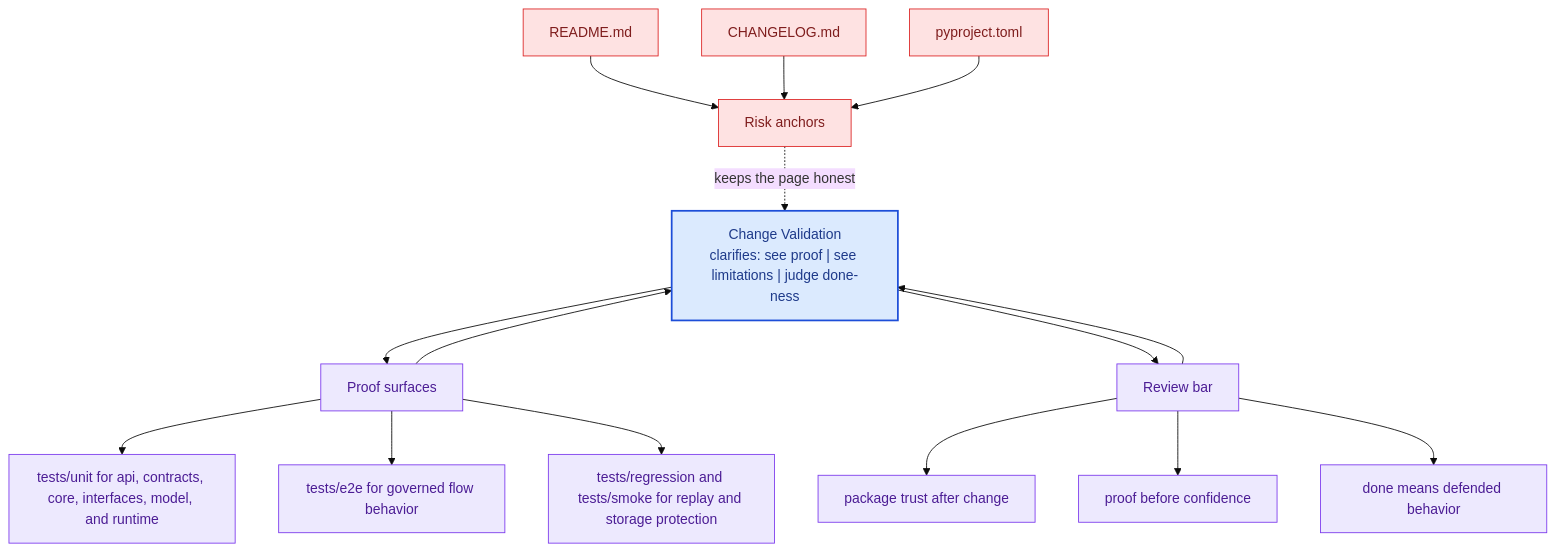
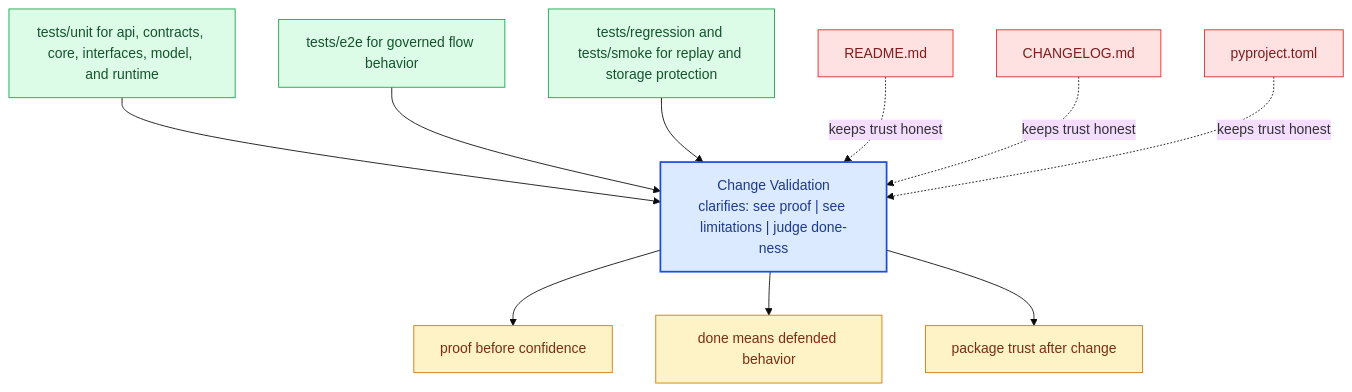
One commit to bijux/bijux-canon changed the diagram in docs/bijux-canon-runtime/quality/change-validation.md. Above: the diagram before and after it, drawn with Mermaid (base theme). The commit also changed other lines of this file and 281 other files, not shown here.

Commit message:
docs(diagrams): replace repeated mermaid scaffolds with page-specific summaries

````diff
--- a/docs/bijux-canon-runtime/quality/change-validation.md
+++ b/docs/bijux-canon-runtime/quality/change-validation.md
@@ -66,41 +21,31 @@
 ```mermaid
 flowchart TB
-    promise["Change Validation<br/>clarifies: see proof | see limitations | judge done-ness"]
-    classDef promise fill:#dbeafe,stroke:#1d4ed8,color:#1e3a8a,stroke-width:2px;
-    classDef driver fill:#dcfce7,stroke:#16a34a,color:#14532d;
-    classDef constraint fill:#fee2e2,stroke:#dc2626,color:#7f1d1d;
-    classDef ground fill:#ede9fe,stroke:#7c3aed,color:#4c1d95;
-    focus1["Proof surfaces"]
-    focus1 --> promise
-    promise --> focus1
-    focus1_1["tests/unit for api, contracts, core, interfaces, model, and runtime"]
-    focus1 --> focus1_1
-    focus1_2["tests/e2e for governed flow behavior"]
-    focus1 --> focus1_2
-    focus1_3["tests/regression and tests/smoke for replay and storage protection"]
-    focus1 --> focus1_3
-    class focus1 ground;
-    class focus1_1,focus1_2,focus1_3 ground;
-    focus2["Risk anchors"]
-    focus2 -.keeps the page honest.-> promise
-    focus2_1["README.md"]
-    focus2_1 --> focus2
-    focus2_2["CHANGELOG.md"]
-    focus2_2 --> focus2
-    focus2_3["pyproject.toml"]
-    focus2_3 --> focus2
-    class focus2 constraint;
-    class focus2_1,focus2_2,focus2_3 constraint;
-    focus3["Review bar"]
-    focus3 --> promise
-    promise --> focus3
-    focus3_1["package trust after change"]
-    focus3 --> focus3_1
-    focus3_2["proof before confidence"]
-    focus3 --> focus3_2
-    focus3_3["done means defended behavior"]
-    focus3 --> focus3_3
-    class focus3 ground;
-    class focus3_1,focus3_2,focus3_3 ground;
-    class promise promise;
+    page["Change Validation<br/>clarifies: see proof | see limitations | judge done-ness"]
+    classDef page fill:#dbeafe,stroke:#1d4ed8,color:#1e3a8a,stroke-width:2px;
+    classDef positive fill:#dcfce7,stroke:#16a34a,color:#14532d;
+    classDef caution fill:#fee2e2,stroke:#dc2626,color:#7f1d1d;
+    classDef anchor fill:#ede9fe,stroke:#7c3aed,color:#4c1d95;
+    classDef action fill:#fef3c7,stroke:#d97706,color:#7c2d12;
+    proof1["tests/unit for api, contracts, core, interfaces, model, and runtime"]
+    proof1 --> page
+    proof2["tests/e2e for governed flow behavior"]
+    proof2 --> page
+    proof3["tests/regression and tests/smoke for replay and storage protection"]
+    proof3 --> page
+    risk1["README.md"]
+    risk1 -.keeps trust honest.-> page
+    risk2["CHANGELOG.md"]
+    risk2 -.keeps trust honest.-> page
+    risk3["pyproject.toml"]
+    risk3 -.keeps trust honest.-> page
+    bar1["proof before confidence"]
+    page --> bar1
+    bar2["done means defended behavior"]
+    page --> bar2
+    bar3["package trust after change"]
+    page --> bar3
+    class page page;
+    class proof1,proof2,proof3 positive;
+    class risk1,risk2,risk3 caution;
+    class bar1,bar2,bar3 action;
 ```
````
